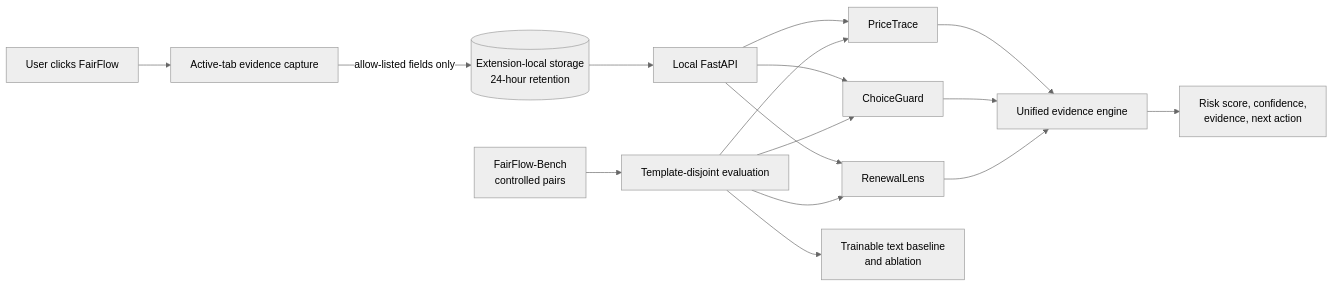
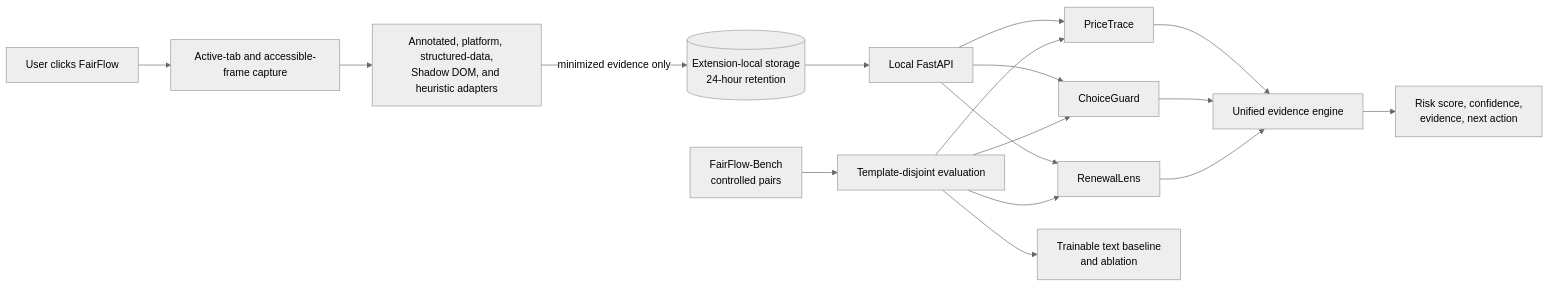
One commit to yzpeng75-lang/fairflow-ai changed the diagram in docs/ARCHITECTURE.md. Above: the diagram before and after it, drawn with Mermaid (neutral theme). The commit also changed other lines of this file and 9 other files, not shown here.

````diff
--- a/docs/ARCHITECTURE.md
+++ b/docs/ARCHITECTURE.md
@@ -3,19 +3,20 @@
 ```mermaid
 flowchart LR
-    U[User clicks FairFlow] --> C[Active-tab evidence capture]
-    C -->|allow-listed fields only| S[(Extension-local storage\n24-hour retention)]
+    U[User clicks FairFlow] --> C[Active-tab and accessible-frame capture]
+    C --> X[Annotated, platform, structured-data,\nShadow DOM, and heuristic adapters]
+    X -->|minimized evidence only| S[(Extension-local storage\n24-hour retention)]
     S --> A[Local FastAPI]
     A --> P[PriceTrace]
     A --> G[ChoiceGuard]
     A --> R[RenewalLens]
     P --> E[Unified evidence engine]
     G --> E
     R --> E
     E --> O[Risk score, confidence,\nevidence, next action]
 
     D[FairFlow-Bench\ncontrolled pairs] --> V[Template-disjoint evaluation]
     V --> P
     V --> G
     V --> R
     V --> M[Trainable text baseline\nand ablation]
 ```
````
